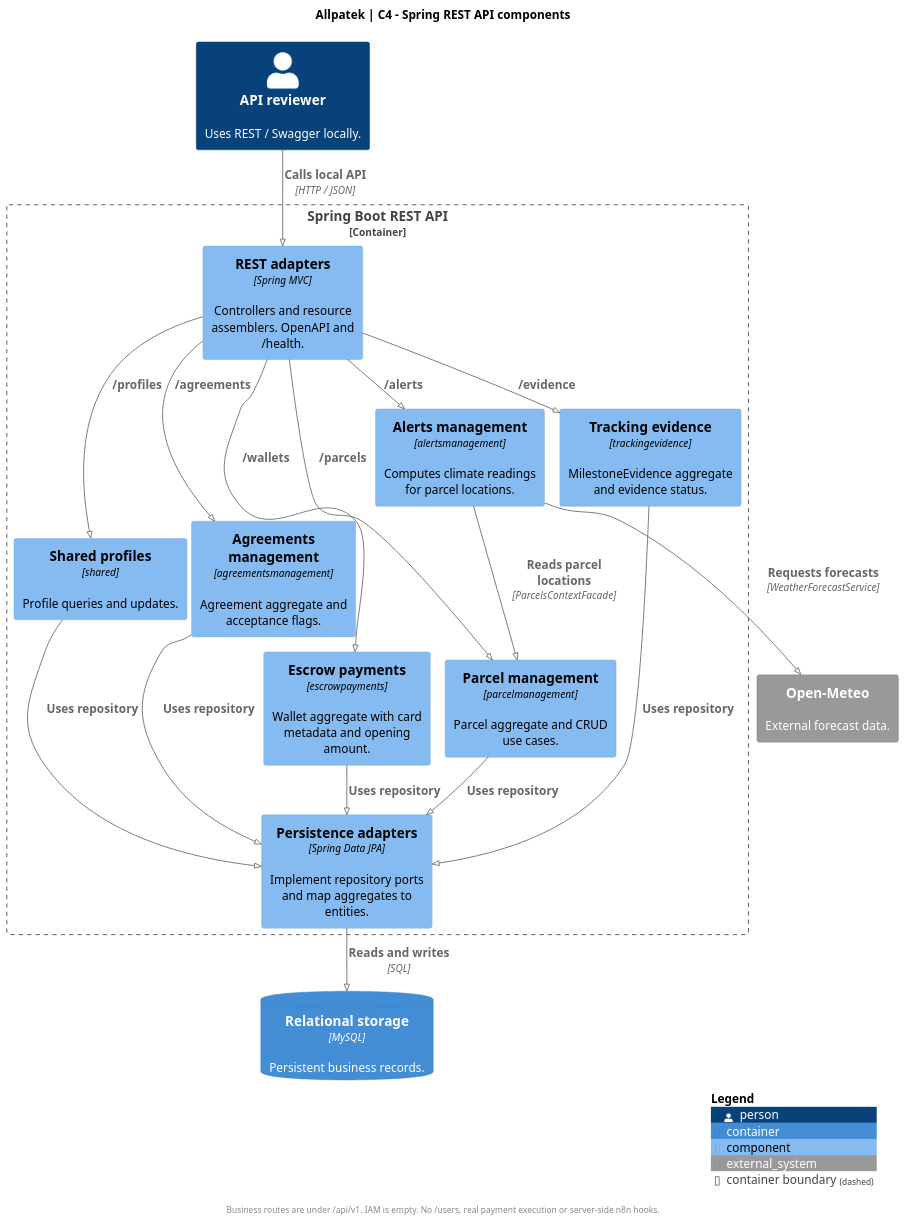
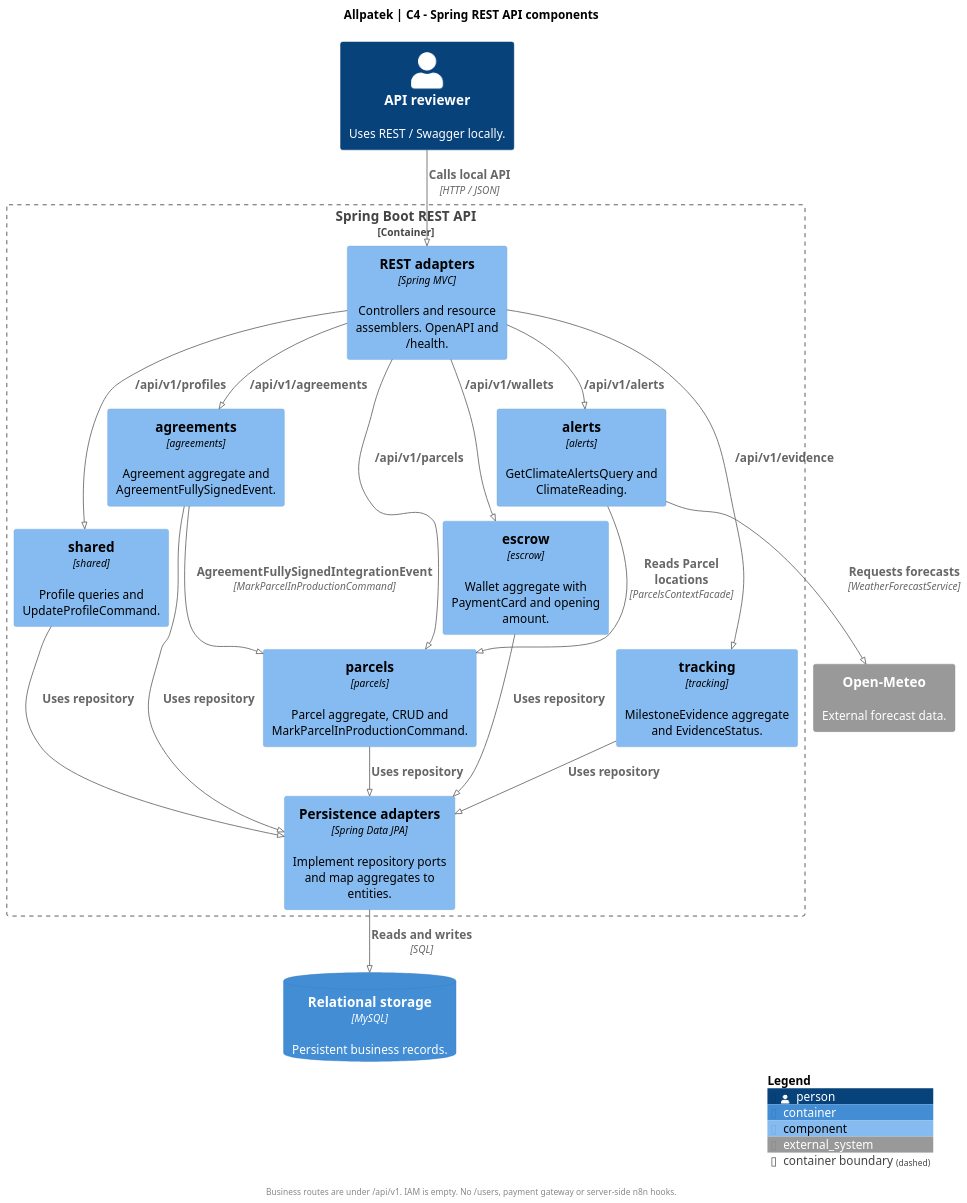
The diagram in assets/chapter-04/architecture/04-api-components.puml (upc-pre-202620-1asi0729-7753-Terranova/allpatek-report), drawn with PlantUML before and after one commit. The commit also changed 2 other files, not shown here.

Commit message:
docs(architecture): map Spring C4 components to Java packages

```diff
--- a/assets/chapter-04/architecture/04-api-components.puml
+++ b/assets/chapter-04/architecture/04-api-components.puml
@@ -1,48 +1,49 @@
 @startuml
 !pragma layout smetana
 !include <C4/C4_Component>
 skinparam backgroundColor white
 skinparam defaultFontName SansSerif
 skinparam defaultFontSize 14
 skinparam shadowing false
 skinparam dpi 135
 
 title Allpatek | C4 - Spring REST API components
 LAYOUT_TOP_DOWN()
 
 Person(reviewer, "API reviewer", "Uses REST / Swagger locally.")
 
 Container_Boundary(api, "Spring Boot REST API") {
   Component(rest, "REST adapters", "Spring MVC", "Controllers and resource assemblers. OpenAPI and /health.")
-  Component(profiles, "Shared profiles", "shared", "Profile queries and updates.")
-  Component(land, "Parcel management", "parcelmanagement", "Parcel aggregate and CRUD use cases.")
-  Component(agreements, "Agreements management", "agreementsmanagement", "Agreement aggregate and acceptance flags.")
-  Component(wallets, "Escrow payments", "escrowpayments", "Wallet aggregate with card metadata and opening amount.")
-  Component(evidence, "Tracking evidence", "trackingevidence", "MilestoneEvidence aggregate and evidence status.")
-  Component(alerts, "Alerts management", "alertsmanagement", "Computes climate readings for parcel locations.")
+  Component(profiles, "shared", "shared", "Profile queries and UpdateProfileCommand.")
+  Component(land, "parcels", "parcels", "Parcel aggregate, CRUD and MarkParcelInProductionCommand.")
+  Component(agreements, "agreements", "agreements", "Agreement aggregate and AgreementFullySignedEvent.")
+  Component(wallets, "escrow", "escrow", "Wallet aggregate with PaymentCard and opening amount.")
+  Component(evidence, "tracking", "tracking", "MilestoneEvidence aggregate and EvidenceStatus.")
+  Component(alerts, "alerts", "alerts", "GetClimateAlertsQuery and ClimateReading.")
   Component(persistence, "Persistence adapters", "Spring Data JPA", "Implement repository ports and map aggregates to entities.")
 }
 
 ContainerDb(db, "Relational storage", "MySQL", "Persistent business records.")
 System_Ext(weather, "Open-Meteo", "External forecast data.")
 
 Rel(reviewer, rest, "Calls local API", "HTTP / JSON")
-Rel(rest, profiles, "/profiles")
-Rel(rest, land, "/parcels")
-Rel(rest, agreements, "/agreements")
-Rel(rest, wallets, "/wallets")
-Rel(rest, evidence, "/evidence")
-Rel(rest, alerts, "/alerts")
+Rel(rest, profiles, "/api/v1/profiles")
+Rel(rest, land, "/api/v1/parcels")
+Rel(rest, agreements, "/api/v1/agreements")
+Rel(rest, wallets, "/api/v1/wallets")
+Rel(rest, evidence, "/api/v1/evidence")
+Rel(rest, alerts, "/api/v1/alerts")
 
 Rel(profiles, persistence, "Uses repository")
 Rel(land, persistence, "Uses repository")
 Rel(agreements, persistence, "Uses repository")
 Rel(wallets, persistence, "Uses repository")
 Rel(evidence, persistence, "Uses repository")
-Rel(alerts, land, "Reads parcel locations", "ParcelsContextFacade")
+Rel(agreements, land, "AgreementFullySignedIntegrationEvent", "MarkParcelInProductionCommand")
+Rel(alerts, land, "Reads Parcel locations", "ParcelsContextFacade")
 Rel(alerts, weather, "Requests forecasts", "WeatherForecastService")
 Rel(persistence, db, "Reads and writes", "SQL")
 
-footer Business routes are under /api/v1. IAM is empty. No /users, real payment execution or server-side n8n hooks.
+footer Business routes are under /api/v1. IAM is empty. No /users, payment gateway or server-side n8n hooks.
 SHOW_LEGEND()
 @enduml
```
